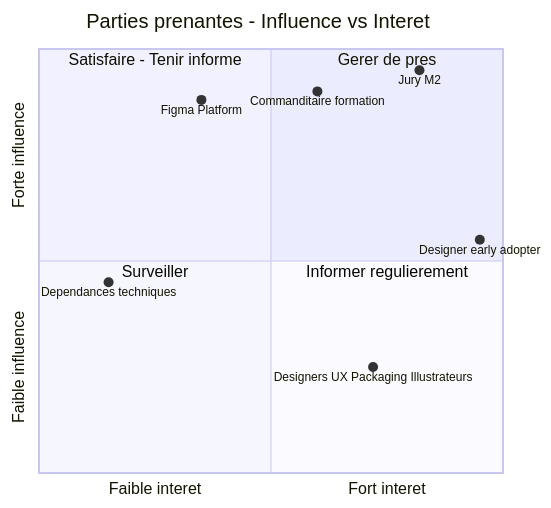
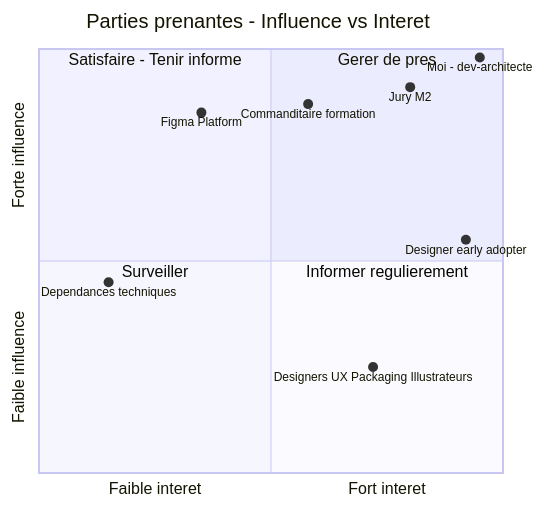
The second of 3 diagrams in docs/BC01/03-parties-prenantes.md (Hardi99/design-guardian), drawn with Mermaid before and after one commit. The commit also changed other lines of this file and 40 other files, not shown here.

````diff
--- a/docs/BC01/03-parties-prenantes.md
+++ b/docs/BC01/03-parties-prenantes.md
@@ -5,16 +34,17 @@
 ```mermaid
 quadrantChart
     title Parties prenantes - Influence vs Interet
     x-axis Faible interet --> Fort interet
     y-axis Faible influence --> Forte influence
     quadrant-1 Gerer de pres
     quadrant-2 Satisfaire - Tenir informe
     quadrant-3 Surveiller
     quadrant-4 Informer regulierement
-    Jury M2: [0.82, 0.95]
-    Commanditaire formation: [0.60, 0.90]
-    Figma Platform: [0.35, 0.88]
-    Designer early adopter: [0.95, 0.55]
+    Moi - dev-architecte: [0.95, 0.98]
+    Jury M2: [0.80, 0.91]
+    Commanditaire formation: [0.58, 0.87]
+    Figma Platform: [0.35, 0.85]
+    Designer early adopter: [0.92, 0.55]
     Designers UX Packaging Illustrateurs: [0.72, 0.25]
     Dependances techniques: [0.15, 0.45]
 ```
````
